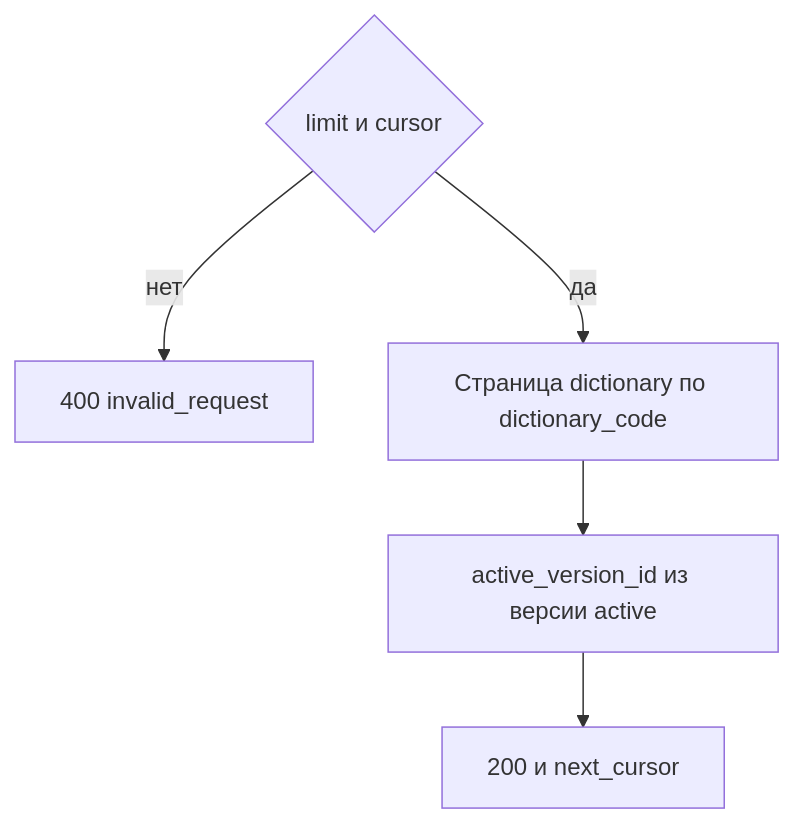
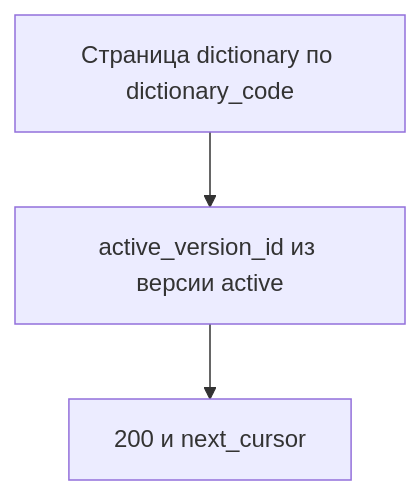
Before and after one commit to StrannikE95/reference_data: the diagram in docs/1. functional/v3/management.api/DataController/get_passports.md, drawn with Mermaid. The commit also changed other lines of this file and 8 other files, not shown here.

````diff
--- a/docs/1. functional/v3/management.api/DataController/get_passports.md
+++ b/docs/1. functional/v3/management.api/DataController/get_passports.md
@@ -44,7 +53,5 @@
 ```mermaid
 flowchart TD
-  check{"limit и cursor"} -->|нет| bad["400 invalid_request"]
-  check -->|да| page["Страница dictionary по dictionary_code"]
-  page --> active["active_version_id из версии active"]
+  page["Страница dictionary по dictionary_code"] --> active["active_version_id из версии active"]
   active --> ok["200 и next_cursor"]
 ```
````
